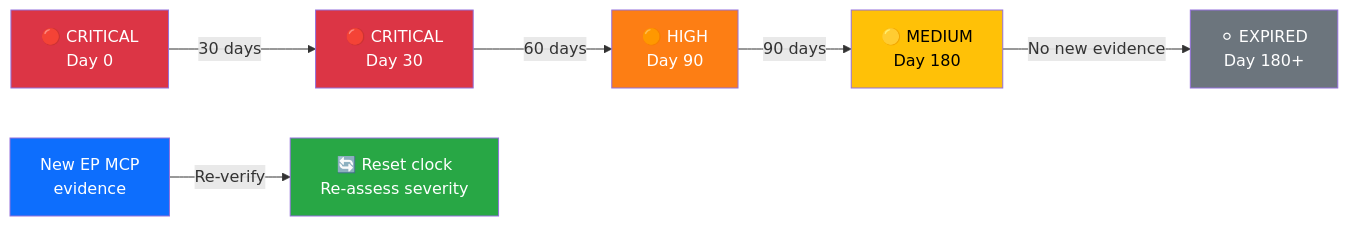
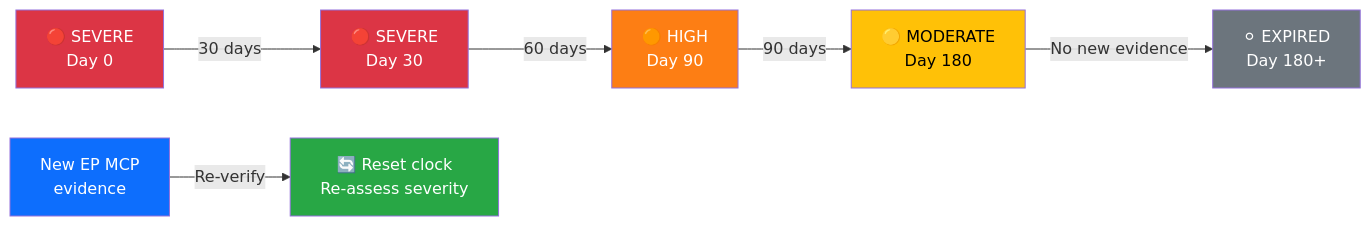
One commit to Hack23/euparliamentmonitor changed the eighth of 8 diagrams in analysis/methodologies/political-threat-framework.md. Above: the diagram before and after it, drawn with Mermaid. The commit also changed other lines of this file and 2 other files, not shown here.

Commit message:
fix: align evidence mapping, threat severity taxonomy, and availability thresholds per review round 2
Agent-Logs-Url: https://github.com/Hack23/euparliamentmonitor/sessions/9f7d75a1-5a8f-467a-bde9-7bfe2f2fae46

````diff
--- a/analysis/methodologies/political-threat-framework.md
+++ b/analysis/methodologies/political-threat-framework.md
@@ -416,17 +416,17 @@
 ```mermaid
 flowchart LR
-    A["🔴 CRITICAL<br/>Day 0"] -->|"30 days"| B["🔴 CRITICAL<br/>Day 30"]
+    A["🔴 SEVERE<br/>Day 0"] -->|"30 days"| B["🔴 SEVERE<br/>Day 30"]
     B -->|"60 days"| C["🟠 HIGH<br/>Day 90"]
-    C -->|"90 days"| D["🟡 MEDIUM<br/>Day 180"]
+    C -->|"90 days"| D["🟡 MODERATE<br/>Day 180"]
     D -->|"No new evidence"| E["⚪ EXPIRED<br/>Day 180+"]
 
     F["New EP MCP<br/>evidence"] -->|"Re-verify"| G["🔄 Reset clock<br/>Re-assess severity"]
 
     style A fill:#dc3545,color:#fff
     style B fill:#dc3545,color:#fff
     style C fill:#fd7e14,color:#fff
     style D fill:#ffc107,color:#000
     style E fill:#6c757d,color:#fff
     style F fill:#0d6efd,color:#fff
     style G fill:#28a745,color:#fff
 ```
````
